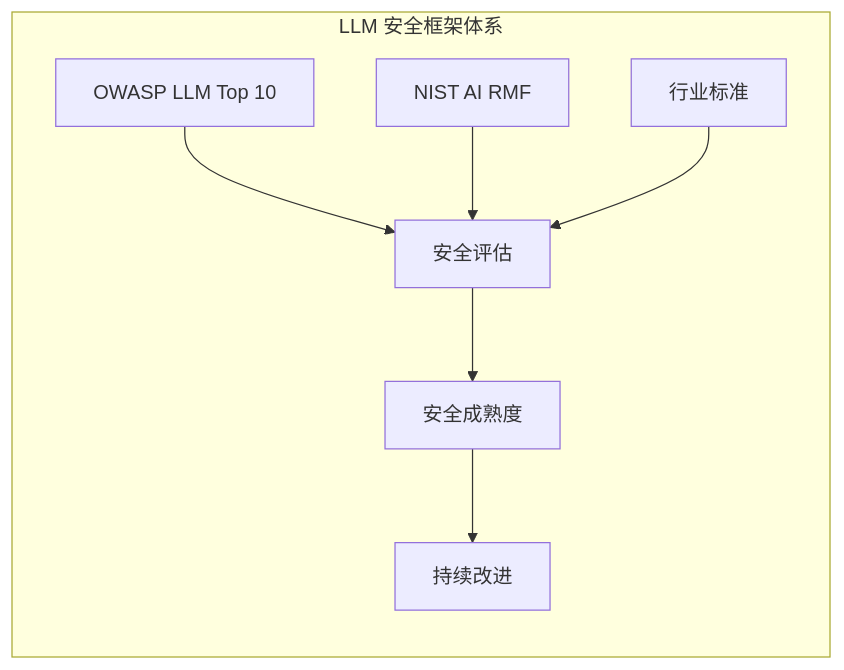
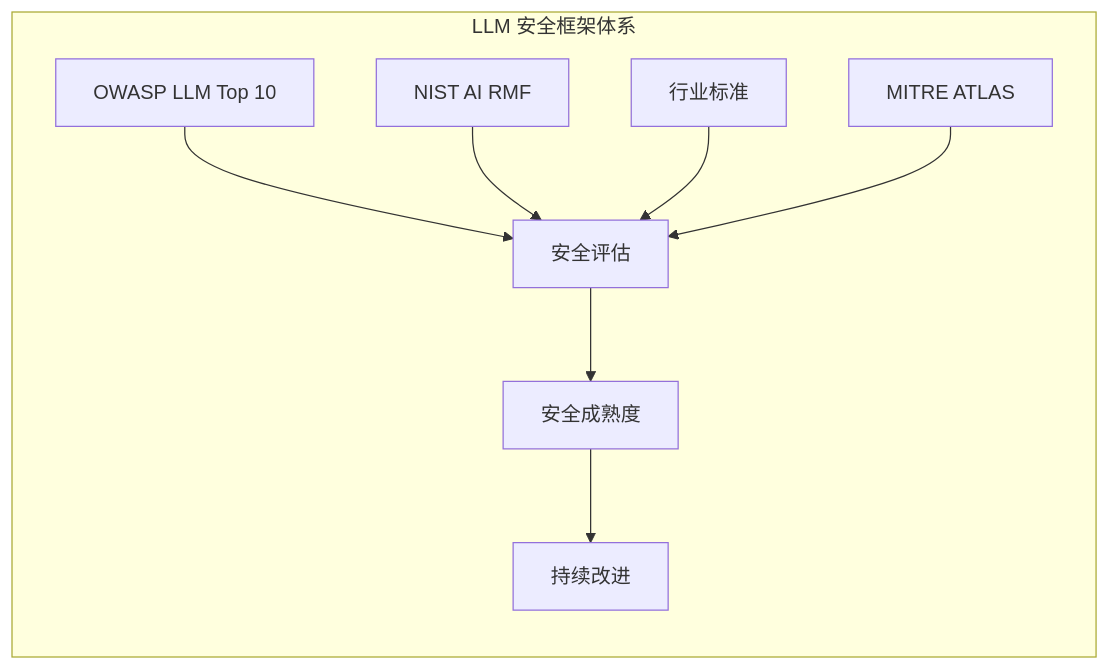
Before and after one commit to yeasy/ai_security_guide: the diagram in 03_frameworks/README.md, drawn with Mermaid. The commit also changed other lines of this file and 7 other files, not shown here.

First line of the commit message:
docs(content): add MITRE ATLAS (3.4) and malicious-model-artifact (6.7) sections

````diff
--- a/03_frameworks/README.md
+++ b/03_frameworks/README.md
@@ -13,10 +14,11 @@
 ```mermaid
 graph LR
     subgraph "LLM 安全框架体系"
     A["OWASP LLM Top 10"] --> D["安全评估"]
     B["NIST AI RMF"] --> D
     C["行业标准"] --> D
+    G["MITRE ATLAS"] --> D
     D --> E["安全成熟度"]
     E --> F["持续改进"]
     end
 ```
````
